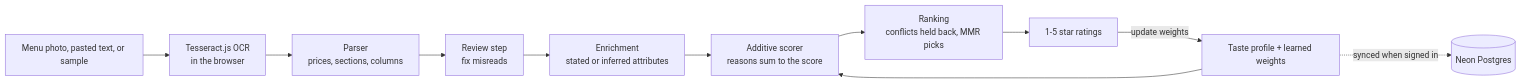
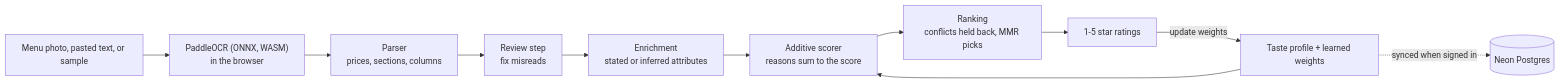
One commit to bhnsadhu/dishwise changed the diagram in README.md. Above: the diagram before and after it, drawn with Mermaid. The commit also changed other lines of this file and 29 other files, not shown here.

````diff
--- a/README.md
+++ b/README.md
@@ -44,13 +44,13 @@
 ```mermaid
 flowchart LR
-  photo["Menu photo, pasted text, or sample"] --> ocr["Tesseract.js OCR<br/>in the browser"]
+  photo["Menu photo, pasted text, or sample"] --> ocr["PaddleOCR (ONNX, WASM)<br/>in the browser"]
   ocr --> parse["Parser<br/>prices, sections, columns"]
   parse --> review["Review step<br/>fix misreads"]
   review --> enrich["Enrichment<br/>stated or inferred attributes"]
   enrich --> score["Additive scorer<br/>reasons sum to the score"]
   taste["Taste profile + learned weights"] --> score
   score --> rank["Ranking<br/>conflicts held back, MMR picks"]
   rank --> ratings["1-5 star ratings"]
   ratings -->|"update weights"| taste
   taste -.->|"synced when signed in"| neon[("Neon Postgres")]
 ```
````
